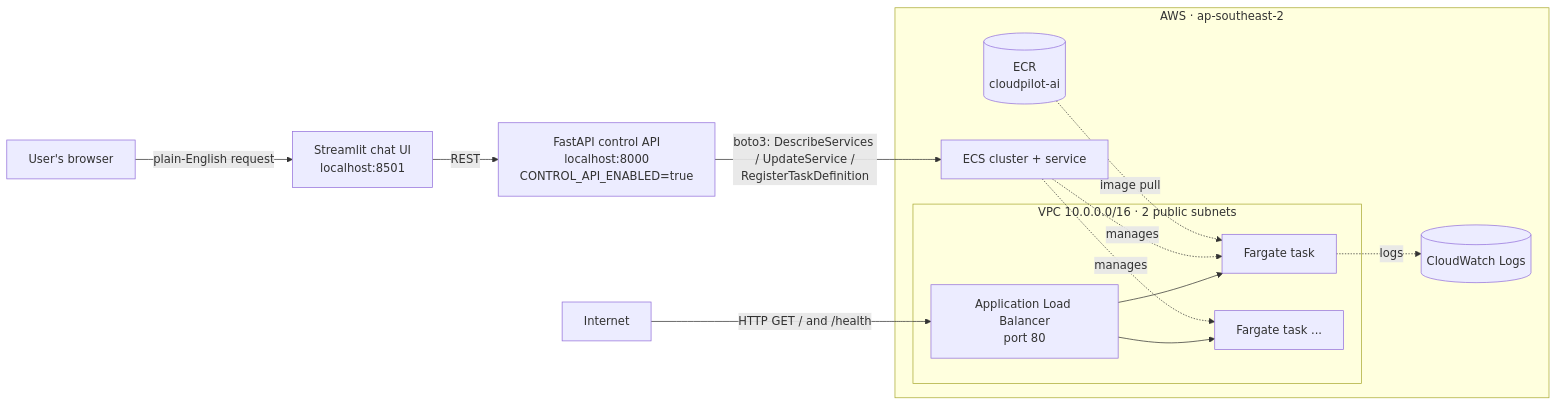
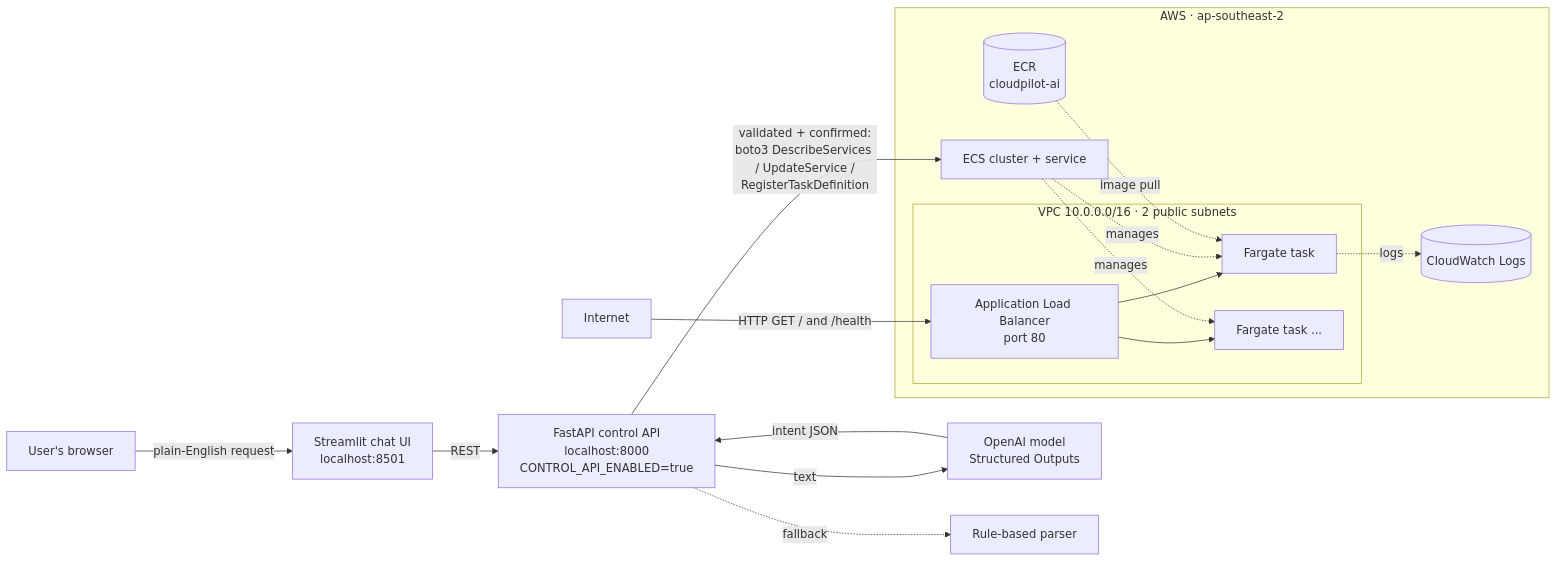
The diagram in README.md (sreenath20k/cloudpilot-ai), drawn with Mermaid before and after one commit. The commit also changed other lines of this file and 14 other files, not shown here.

Commit message:
Use OpenAI (Structured Outputs) to interpret chat requests with rule-based fallback; deploy to company AWS account

````diff
--- a/README.md
+++ b/README.md
@@ -31,20 +44,23 @@
 ```mermaid
 flowchart LR
     U[User's browser] -- plain-English request --> S[Streamlit chat UI<br/>localhost:8501]
     S -- REST --> B[FastAPI control API<br/>localhost:8000<br/>CONTROL_API_ENABLED=true]
-    B -- boto3: DescribeServices / UpdateService /<br/>RegisterTaskDefinition --> ECS
+    B -- text --> O[OpenAI model<br/>Structured Outputs]
+    O -- intent JSON --> B
+    B -. fallback .-> R[Rule-based parser]
+    B -- validated + confirmed:<br/>boto3 DescribeServices / UpdateService /<br/>RegisterTaskDefinition --> ECS
 
     subgraph AWS [AWS · ap-southeast-2]
       ECR[(ECR<br/>cloudpilot-ai)]
       subgraph VPC [VPC 10.0.0.0/16 · 2 public subnets]
         ALB[Application Load Balancer<br/>port 80] --> T1[Fargate task]
         ALB --> T2[Fargate task ...]
       end
       ECS[ECS cluster + service] -. manages .-> T1
       ECS -. manages .-> T2
       ECR -. image pull .-> T1
       T1 -. logs .-> CW[(CloudWatch Logs)]
     end
 
     I[Internet] -- HTTP GET / and /health --> ALB
 ```
````
